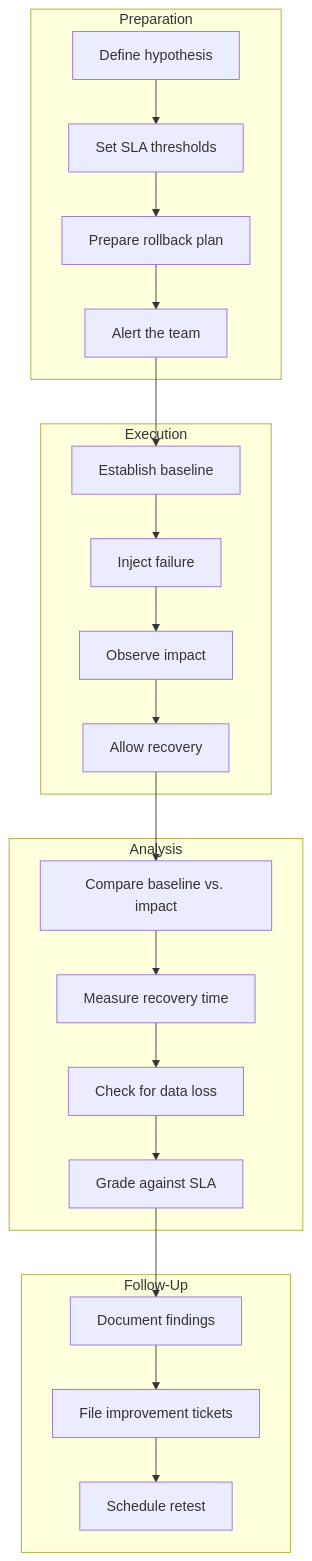
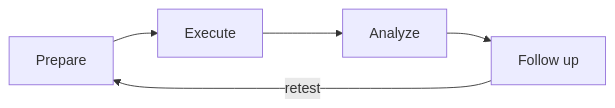
Before and after one commit to bmscomp/kates: the second of 5 diagrams in docs/book/06-chaos-theory.md, drawn with Mermaid. The commit also changed other lines of this file and 52 other files, not shown here.

````diff
--- a/docs/book/06-chaos-theory.md
+++ b/docs/book/06-chaos-theory.md
@@ -147,37 +137,8 @@
 ```mermaid
 %%| label: fig-chaos-gameday-methodology
-%%| fig-cap: "A Game Day moves through four disciplined phases: preparation, controlled fault execution, quantitative SLA analysis, and engineering follow-up."
-%%| fig-alt: "Flowchart across four sequential stages: Preparation (Define hypothesis, Set SLA thresholds, Prepare rollback plan, Alert the team), Execution (Establish baseline, Inject failure, Observe impact, Allow recovery), Analysis (Compare baseline vs. impact, Measure recovery time, Check for data loss, Grade against SLA), and Follow-Up (Document findings, File improvement tickets, Schedule retest)."
-graph TD
-    subgraph Preparation
-        P1[Define hypothesis]
-        P2[Set SLA thresholds]
-        P3[Prepare rollback plan]
-        P4[Alert the team]
-    end
-    
-    subgraph Execution
-        E1[Establish baseline]
-        E2[Inject failure]
-        E3[Observe impact]
-        E4[Allow recovery]
-    end
-    
-    subgraph Analysis
-        A1[Compare baseline vs. impact]
-        A2[Measure recovery time]
-        A3[Check for data loss]
-        A4[Grade against SLA]
-    end
-    
-    subgraph Follow-Up
-        F1[Document findings]
-        F2[File improvement tickets]
-        F3[Schedule retest]
-    end
-    
-    P1 --> P2 --> P3 --> P4
-    P4 --> E1 --> E2 --> E3 --> E4
-    E4 --> A1 --> A2 --> A3 --> A4
-    A4 --> F1 --> F2 --> F3
+%%| fig-cap: "A Game Day is a loop: the follow-up of one session is the preparation of the next."
+%%| fig-alt: "Four phases left to right: Prepare, Execute, Analyze and Follow up. An edge labeled retest leads from Follow up back to Prepare."
+graph LR
+    P[Prepare] --> E[Execute] --> A[Analyze] --> F[Follow up]
+    F -->|retest| P
 ```
````
